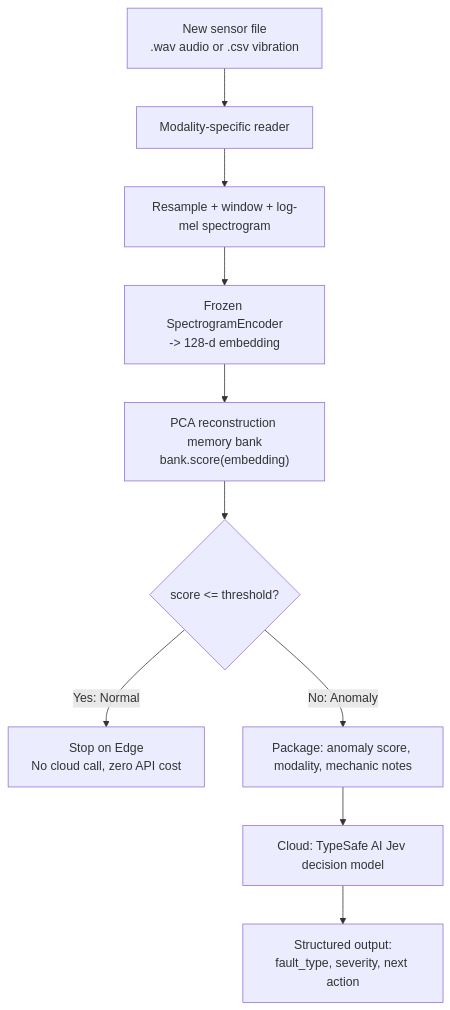
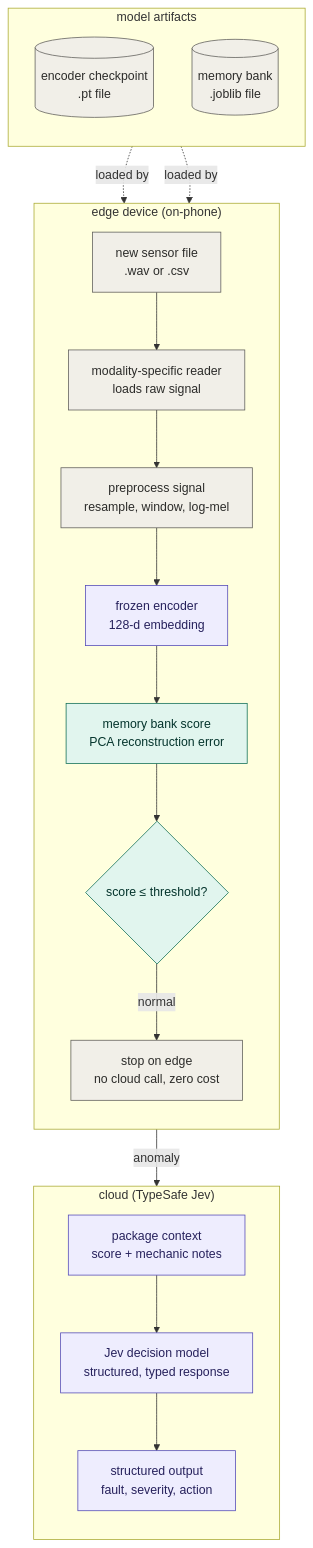
Before and after one commit to deltaparticle/Granica-Submission: the second of 2 diagrams in README.md, drawn with Mermaid. The commit also changed other lines of this file, not shown here.

Commit message:
Replace linear mermaid pipeline diagrams with architecture-style versions

````diff
--- a/README.md
+++ b/README.md
@@ -303,12 +338,40 @@
 ```mermaid
 flowchart TD
-    A["New sensor file\n.wav audio or .csv vibration"] --> B["Modality-specific reader"]
-    B --> C["Resample + window + log-mel spectrogram"]
-    C --> D["Frozen SpectrogramEncoder\n-> 128-d embedding"]
-    D --> E["PCA reconstruction memory bank\nbank.score(embedding)"]
-    E --> F{"score <= threshold?"}
-    F -->|"Yes: Normal"| G["Stop on Edge\nNo cloud call, zero API cost"]
-    F -->|"No: Anomaly"| H["Package: anomaly score, modality, mechanic notes"]
-    H --> I["Cloud: TypeSafe AI Jev decision model"]
-    I --> J["Structured output:\nfault_type, severity, next action"]
+    subgraph EDGE["edge device (on-phone)"]
+        direction TB
+        FILE["new sensor file<br/>.wav or .csv"]
+        READER["modality-specific reader<br/>loads raw signal"]
+        PREPROC["preprocess signal<br/>resample, window, log-mel"]
+        ENC2["frozen encoder<br/>128-d embedding"]
+        SCORE["memory bank score<br/>PCA reconstruction error"]
+        DECIDE{"score ≤ threshold?"}
+        STOP["stop on edge<br/>no cloud call, zero cost"]
+        FILE --> READER --> PREPROC --> ENC2 --> SCORE --> DECIDE
+        DECIDE -->|normal| STOP
+    end
+
+    subgraph ARTIFACTS["model artifacts"]
+        direction TB
+        CKPT2[("encoder checkpoint<br/>.pt file")]
+        BANK2[("memory bank<br/>.joblib file")]
+    end
+
+    subgraph CLOUD["cloud (TypeSafe Jev)"]
+        direction TB
+        CTX["package context<br/>score + mechanic notes"]
+        JEV["Jev decision model<br/>structured, typed response"]
+        OUT["structured output<br/>fault, severity, action"]
+        CTX --> JEV --> OUT
+    end
+
+    CKPT2 -.->|loaded by| ENC2
+    BANK2 -.->|loaded by| SCORE
+    DECIDE -->|anomaly| CTX
+
+    classDef data fill:#F1EFE8,stroke:#5F5E5A,color:#2C2C2A
+    classDef model fill:#EEEDFE,stroke:#534AB7,color:#26215C
+    classDef calib fill:#E1F5EE,stroke:#0F6E56,color:#04342C
+    class FILE,READER,PREPROC,STOP,CKPT2,BANK2 data
+    class ENC2,CTX,JEV,OUT model
+    class SCORE,DECIDE calib
 ```
````
